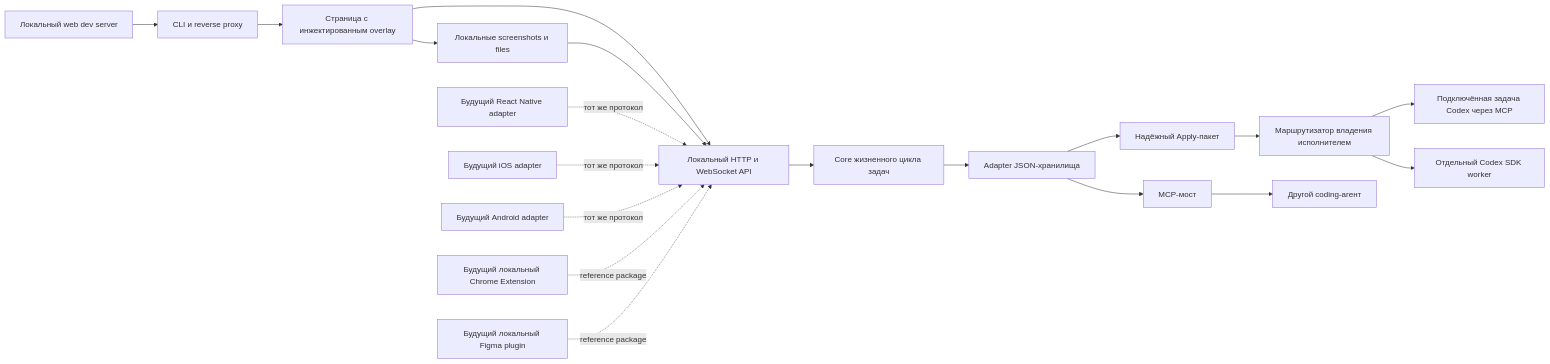
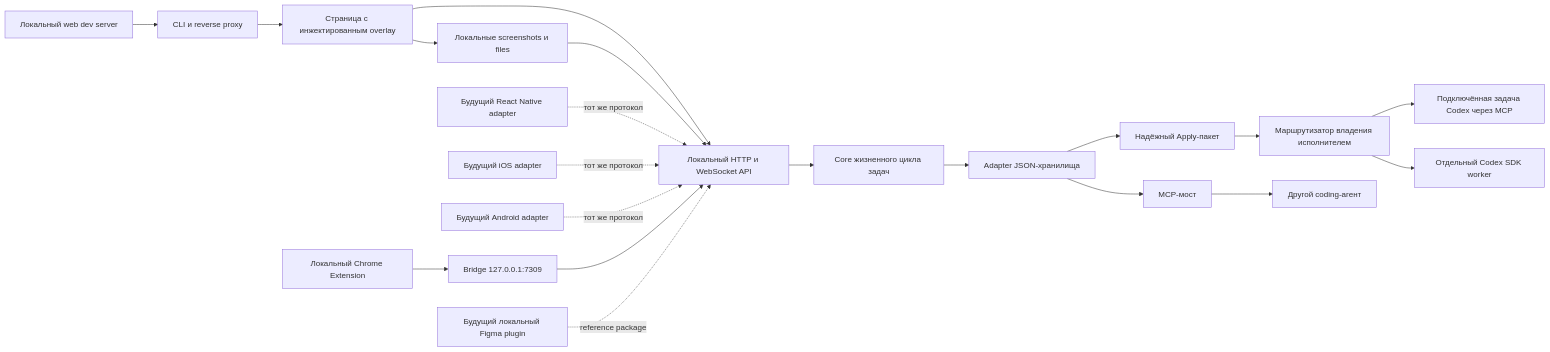
One commit to PRODactionPRO/visual-intent changed the first of 3 diagrams in docs/ARCHITECTURE.md. Above: the diagram before and after it, drawn with Mermaid. The commit also changed other lines of this file and 22 other files, not shown here.

Commit message:
feat: add local Chrome reference extension

````diff
--- a/docs/ARCHITECTURE.md
+++ b/docs/ARCHITECTURE.md
@@ -7,22 +7,23 @@
 ```mermaid
 flowchart LR
   App["Локальный web dev server"] --> Proxy["CLI и reverse proxy"]
   Proxy --> Browser["Страница с инжектированным overlay"]
   Browser --> API["Локальный HTTP и WebSocket API"]
   Browser --> Media["Локальные screenshots и files"]
   API --> Core["Core жизненного цикла задач"]
   Media --> API
   Core --> Store["Adapter JSON-хранилища"]
   Store --> Batch["Надёжный Apply-пакет"]
   Batch --> Router["Маршрутизатор владения исполнителем"]
   Router --> Host["Подключённая задача Codex через MCP"]
   Router --> Dispatcher["Отдельный Codex SDK worker"]
   Store --> MCP["MCP-мост"]
   MCP --> Agent["Другой coding-агент"]
 
   RN["Будущий React Native adapter"] -. "тот же протокол" .-> API
   IOS["Будущий iOS adapter"] -. "тот же протокол" .-> API
   Android["Будущий Android adapter"] -. "тот же протокол" .-> API
-  Chrome["Будущий локальный Chrome Extension"] -. "reference package" .-> API
+  Chrome["Локальный Chrome Extension"] --> Bridge["Bridge 127.0.0.1:7309"]
+  Bridge --> API
   FigmaPlugin["Будущий локальный Figma plugin"] -. "reference package" .-> API
 ```
````
